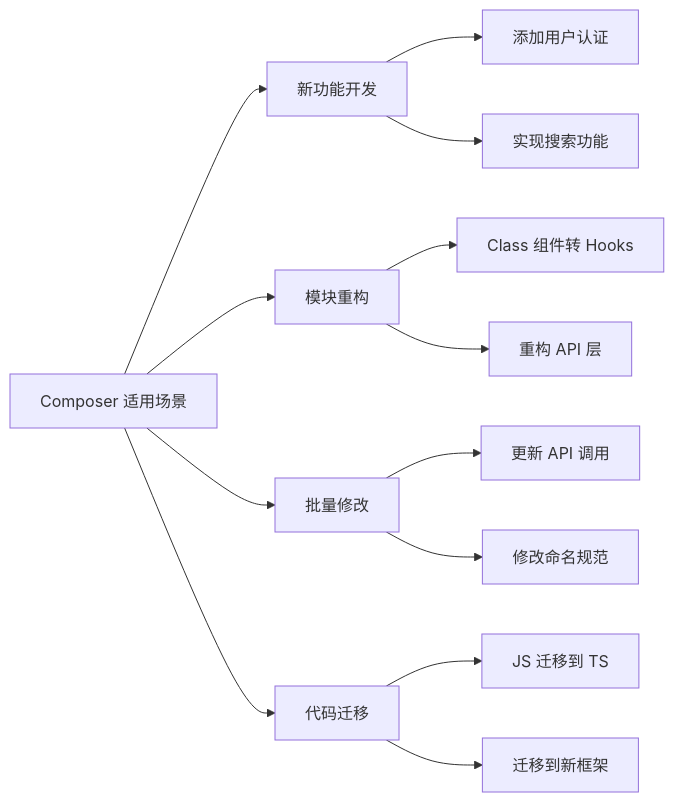
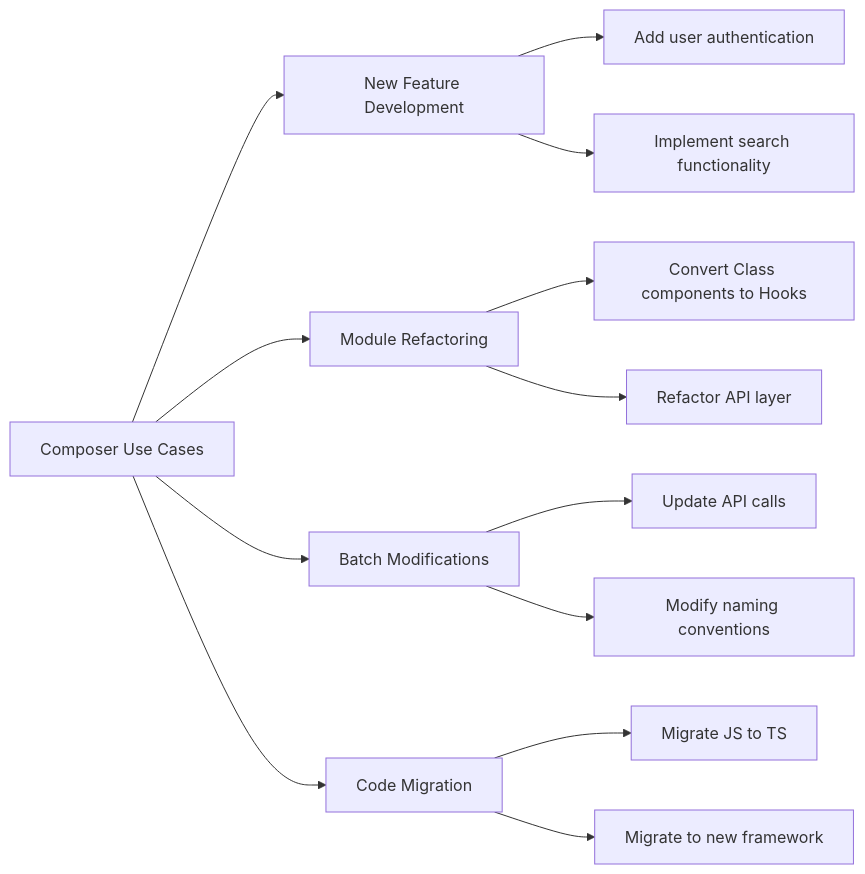
One commit to DDR187/cursor-howto changed the second of 6 diagrams in 05-composer/README.md. Above: the diagram before and after it, drawn with Mermaid. The commit also changed other lines of this file and 22 other files, not shown here.

````diff
--- a/05-composer/README.md
+++ b/05-composer/README.md
@@ -53,19 +53,19 @@
 ```mermaid
 flowchart LR
-    A[Composer 适用场景] --> B[新功能开发]
-    A --> C[模块重构]
-    A --> D[批量修改]
-    A --> E[代码迁移]
+    A[Composer Use Cases] --> B[New Feature Development]
+    A --> C[Module Refactoring]
+    A --> D[Batch Modifications]
+    A --> E[Code Migration]
     
-    B --> B1["添加用户认证"]
-    B --> B2["实现搜索功能"]
+    B --> B1["Add user authentication"]
+    B --> B2["Implement search functionality"]
     
-    C --> C1["Class 组件转 Hooks"]
-    C --> C2["重构 API 层"]
+    C --> C1["Convert Class components to Hooks"]
+    C --> C2["Refactor API layer"]
     
-    D --> D1["更新 API 调用"]
-    D --> D2["修改命名规范"]
+    D --> D1["Update API calls"]
+    D --> D2["Modify naming conventions"]
     
-    E --> E1["JS 迁移到 TS"]
-    E --> E2["迁移到新框架"]
+    E --> E1["Migrate JS to TS"]
+    E --> E2["Migrate to new framework"]
 ```
````
